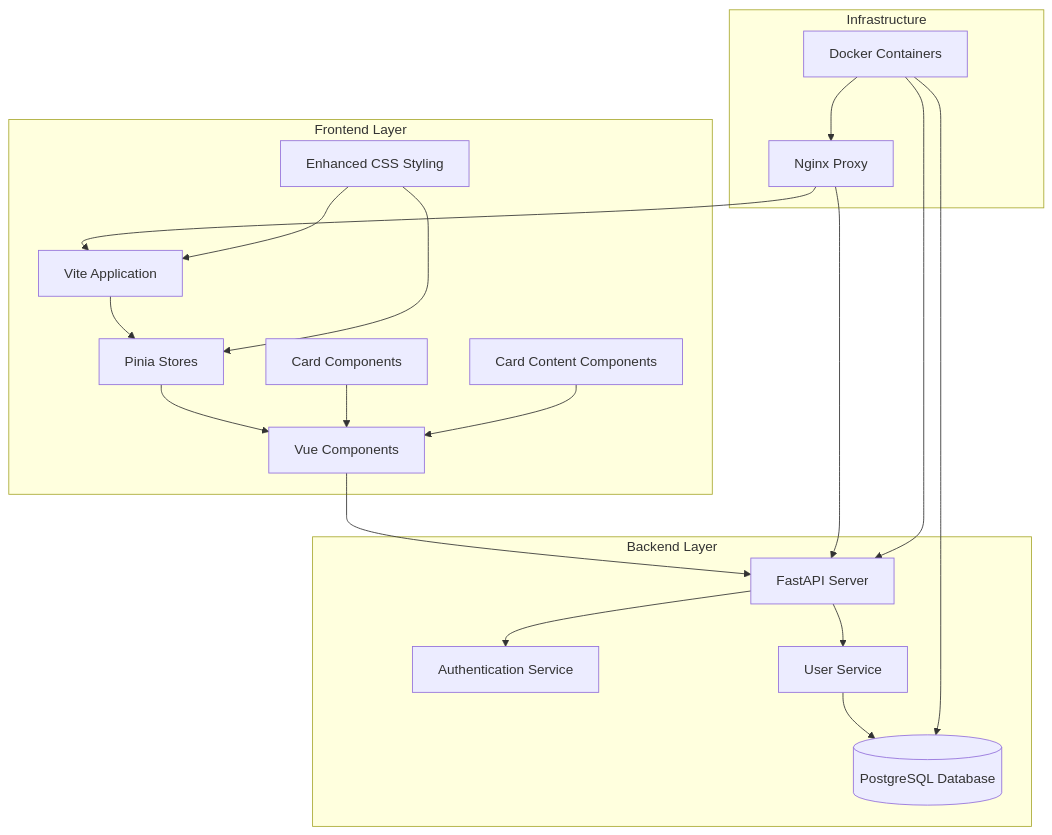
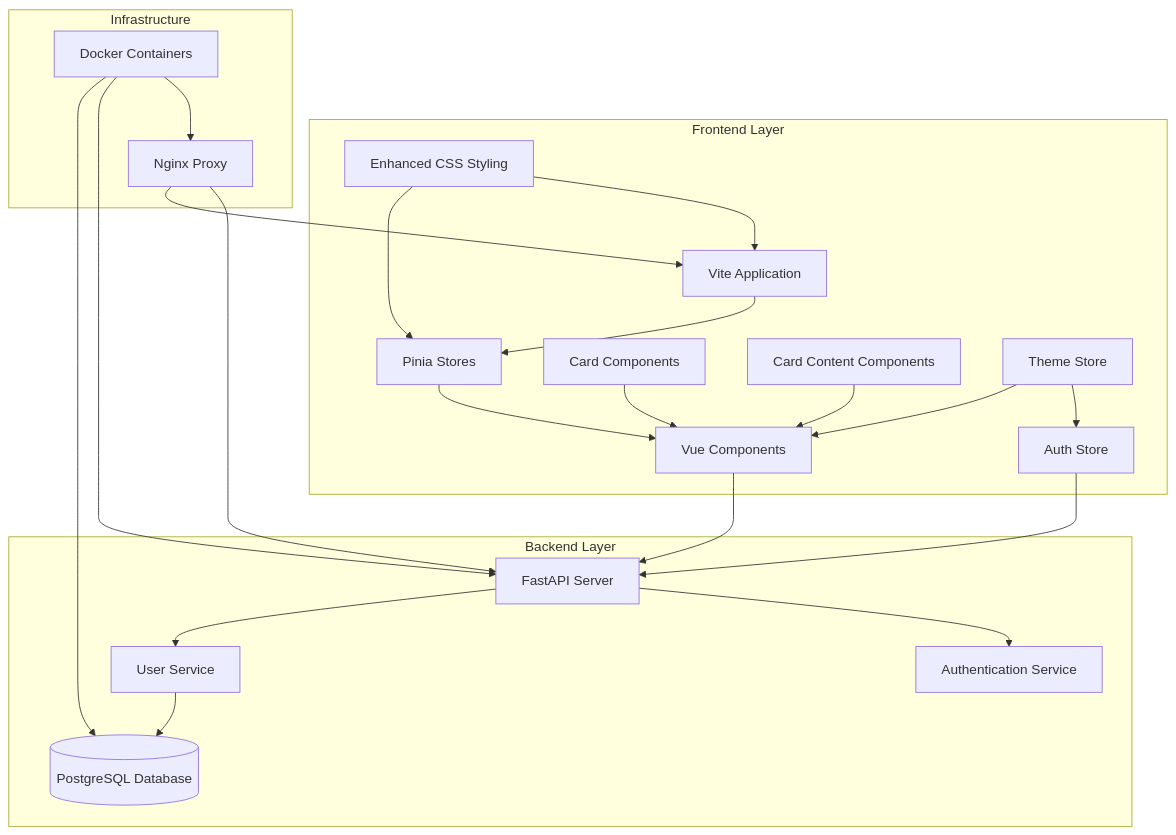
The first of 13 diagrams in .qoder/repowiki/en/content/Per-User Background Image System.md (Nikita5543/New-SSO-02), drawn with Mermaid before and after one commit. The commit also changed other lines of this file and 3 other files, not shown here.

````diff
--- a/.qoder/repowiki/en/content/Per-User Background Image System.md
+++ b/.qoder/repowiki/en/content/Per-User Background Image System.md
@@ -59,36 +60,41 @@
 ```mermaid
 graph TB
 subgraph "Frontend Layer"
 FE[Vite Application]
 Store[Pinia Stores]
 UI[Vue Components]
 CSS[Enhanced CSS Styling]
 Card[Card Components]
 CardContent[Card Content Components]
+ThemeStore[Theme Store]
+AuthStore[Auth Store]
 end
 subgraph "Backend Layer"
 API[FastAPI Server]
 Auth[Authentication Service]
 UserSvc[User Service]
 DB[(PostgreSQL Database)]
 end
 subgraph "Infrastructure"
 Nginx[Nginx Proxy]
 Docker[Docker Containers]
 end
 FE --> Store
 Store --> UI
 UI --> API
 API --> Auth
 API --> UserSvc
 UserSvc --> DB
 Nginx --> API
 Nginx --> FE
 Docker --> Nginx
 Docker --> API
 Docker --> DB
 CSS --> FE
 CSS --> Store
 Card --> UI
 CardContent --> UI
+ThemeStore --> AuthStore
+ThemeStore --> UI
+AuthStore --> API
 ```
````
